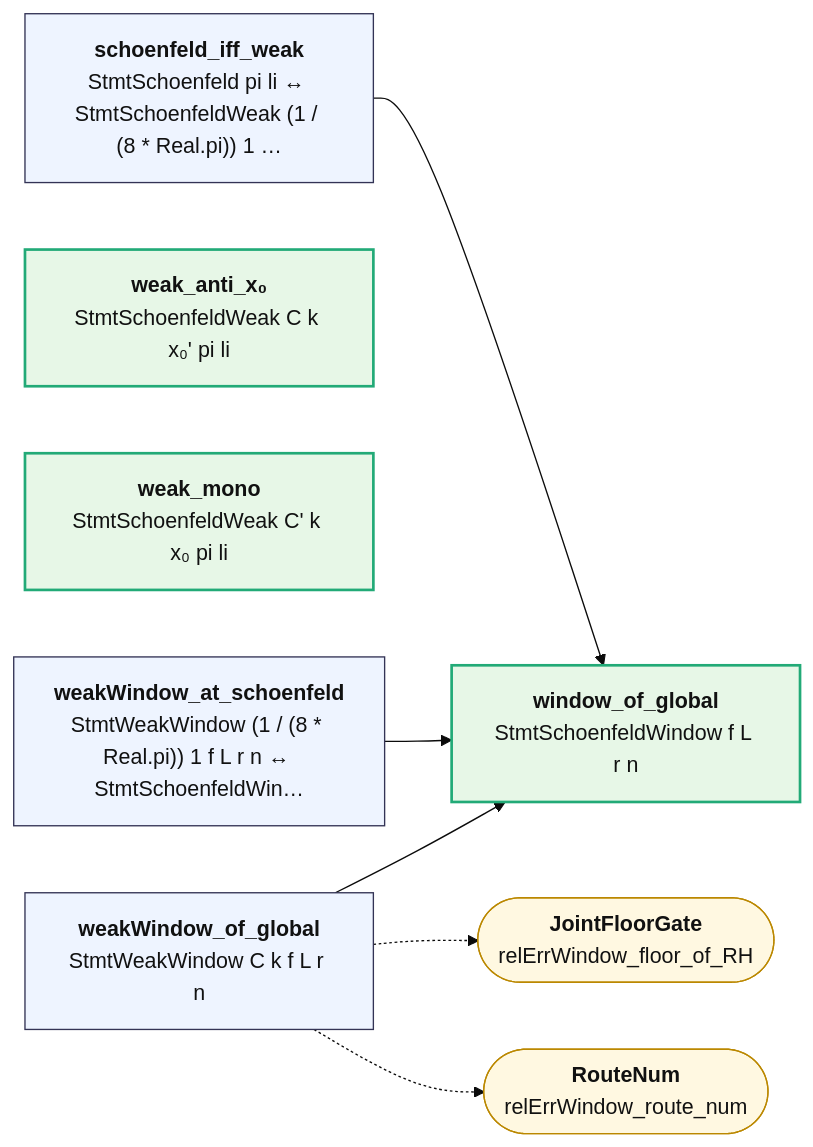
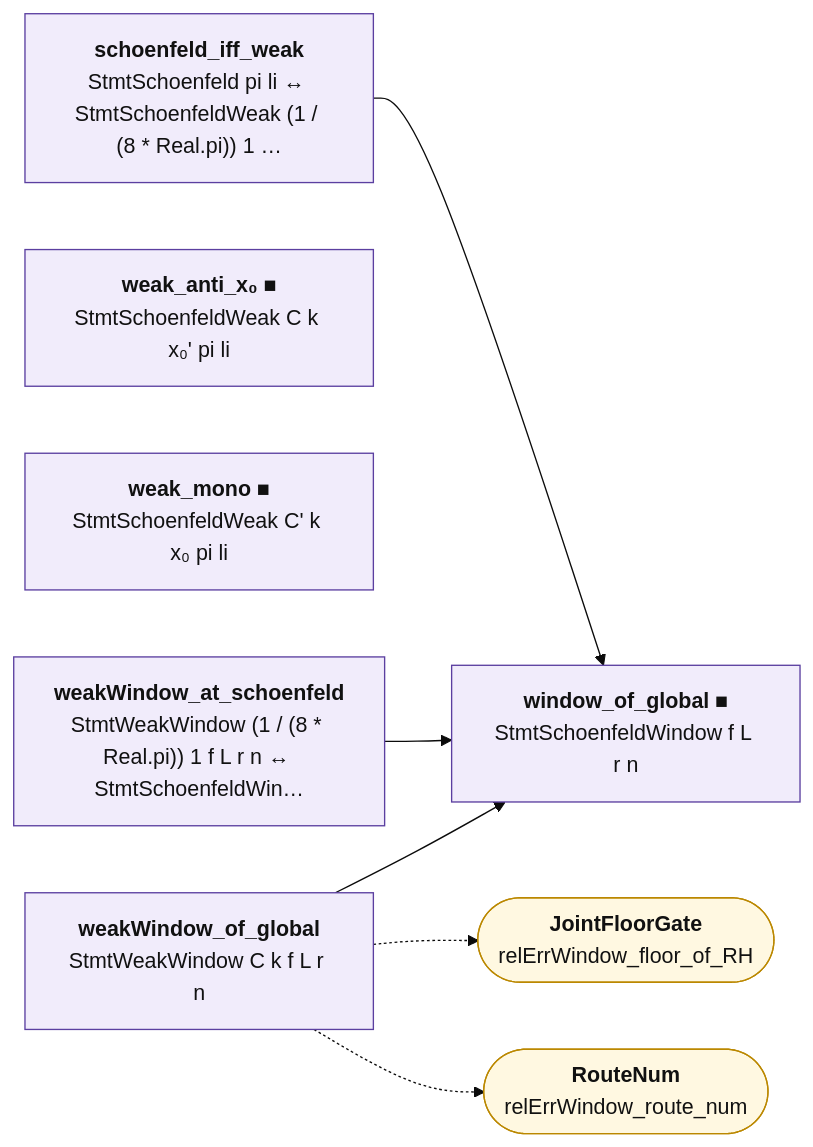
One commit to juliansambranojr/Primebeat_081426 changed the diagram in map/lean_stage3/Statement.md. Above: the diagram before and after it, drawn with Mermaid (base theme). The commit also changed other lines of this file and 398 other files, not shown here.

````diff
--- a/map/lean_stage3/Statement.md
+++ b/map/lean_stage3/Statement.md
@@ -12,21 +12,24 @@
 ```mermaid
 flowchart LR
-  n0["<b>schoenfeld_iff_weak</b><br/>StmtSchoenfeld pi li ↔ StmtSchoenfeldWeak (1 / (8 * Real.pi)) 1 …"]:::thm
-  n1["<b>weak_anti_x₀</b><br/>StmtSchoenfeldWeak C k x₀' pi li"]:::end_
-  n2["<b>weak_mono</b><br/>StmtSchoenfeldWeak C' k x₀ pi li"]:::end_
-  n3["<b>weakWindow_of_global</b><br/>StmtWeakWindow C k f L r n"]:::thm
-  n4["<b>weakWindow_at_schoenfeld</b><br/>StmtWeakWindow (1 / (8 * Real.pi)) 1 f L r n ↔ StmtSchoenfeldWin…"]:::thm
-  n5["<b>window_of_global</b><br/>StmtSchoenfeldWindow f L r n"]:::end_
+  n0["<b>schoenfeld_iff_weak</b><br/>StmtSchoenfeld pi li ↔ StmtSchoenfeldWeak (1 / (8 * Real.pi)) 1 …"]:::shp
+  n1["<b>weak_anti_x₀ ■</b><br/>StmtSchoenfeldWeak C k x₀' pi li"]:::shp
+  n2["<b>weak_mono ■</b><br/>StmtSchoenfeldWeak C' k x₀ pi li"]:::shp
+  n3["<b>weakWindow_of_global</b><br/>StmtWeakWindow C k f L r n"]:::shp
+  n4["<b>weakWindow_at_schoenfeld</b><br/>StmtWeakWindow (1 / (8 * Real.pi)) 1 f L r n ↔ StmtSchoenfeldWin…"]:::shp
+  n5["<b>window_of_global ■</b><br/>StmtSchoenfeldWindow f L r n"]:::shp
   x0(["<b>JointFloorGate</b><br/>relErrWindow_floor_of_RH"]):::ext
   x1(["<b>RouteNum</b><br/>relErrWindow_route_num"]):::ext
   n0 --> n5
   n3 --> n5
   n4 --> n5
   n3 -.-> x0
   n3 -.-> x1
+  classDef cnt fill:#dff5ec,stroke:#17694a,color:#111
+  classDef shp fill:#f1ecfb,stroke:#5b3fa0,color:#111
+  classDef rh fill:#ffe5e5,stroke:#c22,color:#111,stroke-width:2px
   classDef thm fill:#eef4ff,stroke:#335,color:#111
   classDef end_ fill:#e7f7e7,stroke:#2a7,color:#111,stroke-width:2px
   classDef lone fill:#fff,stroke:#999,color:#111,stroke-dasharray:4 3
   classDef bad fill:#ffe5e5,stroke:#c22,color:#111,stroke-width:2px
   classDef ext fill:#fff8e1,stroke:#b80,color:#111
 ```
````
